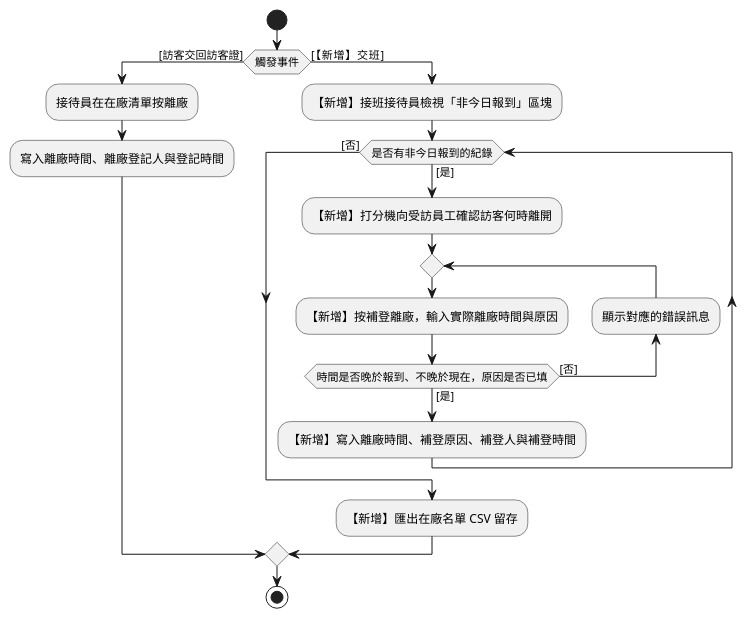
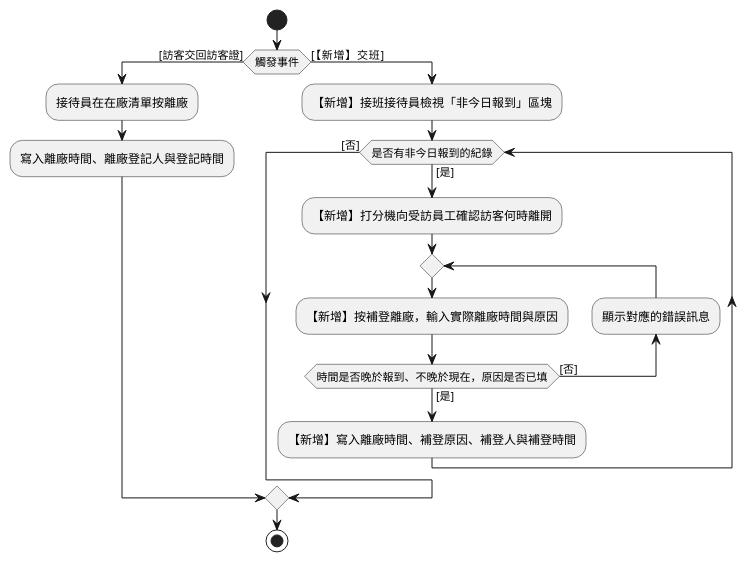
The diagram in 04-Final-Project-Example-Reports/images/visitor-activity-check-out-to-be.puml (billy1125/system-analysis-and-design), drawn with PlantUML before and after one commit. The commit also changed 27 other files, not shown here.

First line of the commit message:
Split sample report part 2 by change request and add diagrams

```diff
--- a/04-Final-Project-Example-Reports/images/visitor-activity-check-out-to-be.puml
+++ b/04-Final-Project-Example-Reports/images/visitor-activity-check-out-to-be.puml
@@ -1,19 +1,18 @@
 @startuml
 start
 if (觸發事件) then ([訪客交回訪客證])
   :接待員在在廠清單按離廠;
   :寫入離廠時間、離廠登記人與登記時間;
 else ([【新增】交班])
   :【新增】接班接待員檢視「非今日報到」區塊;
   while (是否有非今日報到的紀錄) is ([是])
     :【新增】打分機向受訪員工確認訪客何時離開;
     repeat
       :【新增】按補登離廠，輸入實際離廠時間與原因;
       backward :顯示對應的錯誤訊息;
     repeat while (時間是否晚於報到、不晚於現在，原因是否已填) is ([否]) not ([是])
     :【新增】寫入離廠時間、補登原因、補登人與補登時間;
   endwhile ([否])
-  :【新增】匯出在廠名單 CSV 留存;
 endif
 stop
 @enduml
```
